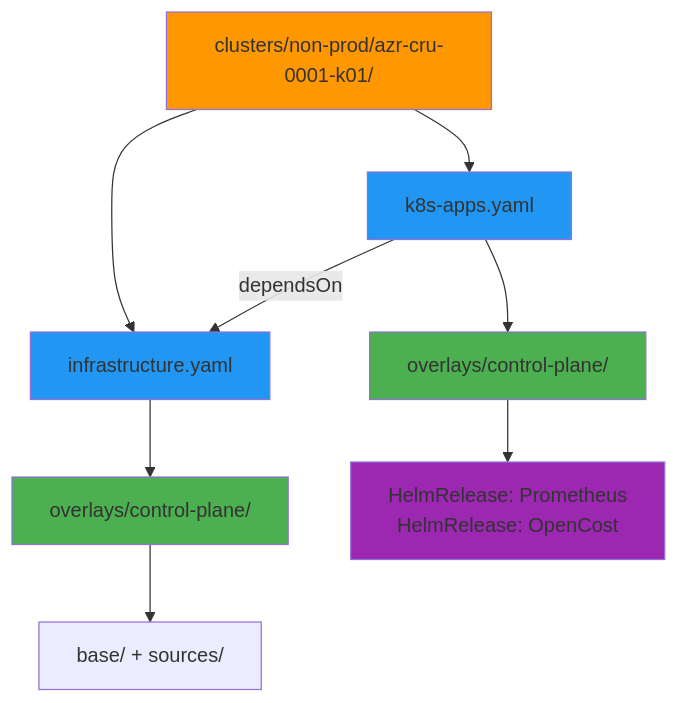
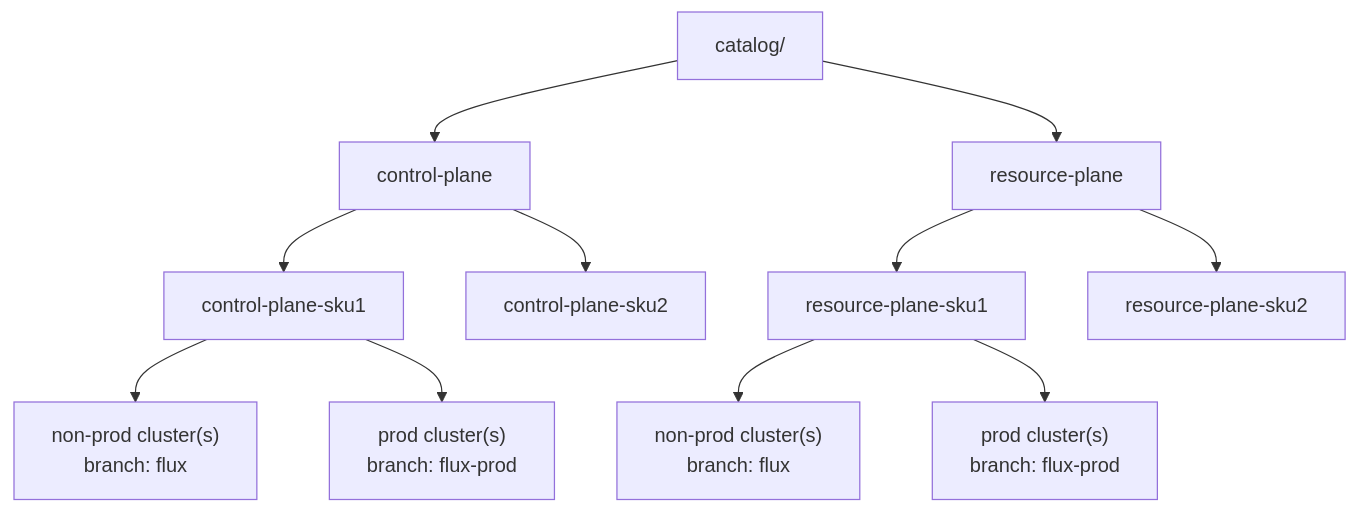
The diagram in README.md (victorrodriguez1984/kubernetes-fleet-gitops), drawn with Mermaid before and after one commit. The commit also changed other lines of this file, not shown here.

````diff
--- a/README.md
+++ b/README.md
@@ -90,25 +48,18 @@
 ```mermaid
 graph TD
-    A["clusters/non-prod/azr-cru-0001-k01/"] 
-    B["infrastructure.yaml"]
-    C["k8s-apps.yaml"]
-    D["overlays/control-plane/"]
-    E["overlays/control-plane/"]
-    F["base/ + sources/"]
-    G["HelmRelease: Prometheus<br/>HelmRelease: OpenCost"]
-    
-    A --> B
-    A --> C
-    B --> D
-    D --> F
-    C --> E
-    E --> G
-    C -->|dependsOn| B
-    
-    style A fill:#ff9800
-    style B fill:#2196F3
-    style C fill:#2196F3
-    style D fill:#4CAF50
-    style E fill:#4CAF50
-    style G fill:#9C27B0
+    C["catalog/"]
+
+    C --> G1["control-plane"]
+    C --> G2["resource-plane"]
+
+    G1 --> S11["control-plane-sku1"]
+    G1 --> S12["control-plane-sku2"]
+    G2 --> S21["resource-plane-sku1"]
+    G2 --> S22["resource-plane-sku2"]
+
+    S11 --> NP1["non-prod cluster(s)\nbranch: flux"]
+    S21 --> NP2["non-prod cluster(s)\nbranch: flux"]
+
+    S11 --> PR1["prod cluster(s)\nbranch: flux-prod"]
+    S21 --> PR2["prod cluster(s)\nbranch: flux-prod"]
 ```
````
